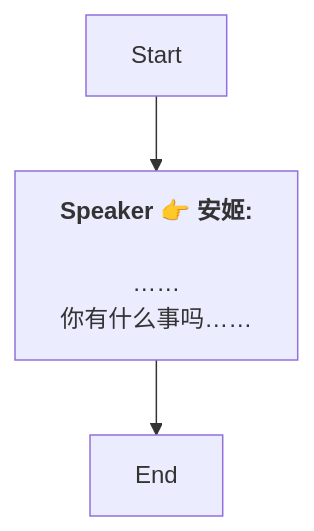
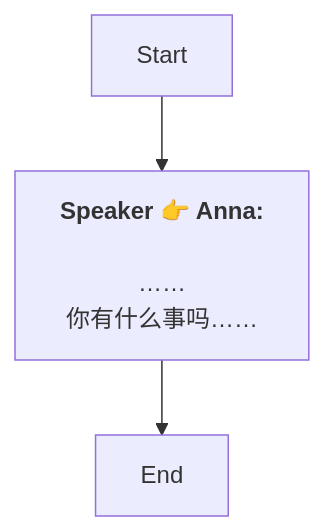
One commit to SoftHu/tos_avg changed the diagram in Zh/Dialog_55255825582377.md. Above: the diagram before and after it, drawn with Mermaid. The commit also changed 737 other files, not shown here.

````diff
--- a/Zh/Dialog_55255825582377.md
+++ b/Zh/Dialog_55255825582377.md
@@ -1,9 +1,7 @@
 ```mermaid
 graph
-Start -->1768186470954885[<b>Speaker 👉 安姬:</b>
-
-……
-你有什么事吗……]
+Start -->1768186470954885[<b>Speaker 👉 Anna:</b>
+\n……\n你有什么事吗……]
 1768186470954885 -->1768186440462212[End]
 
- ```
+```
````
